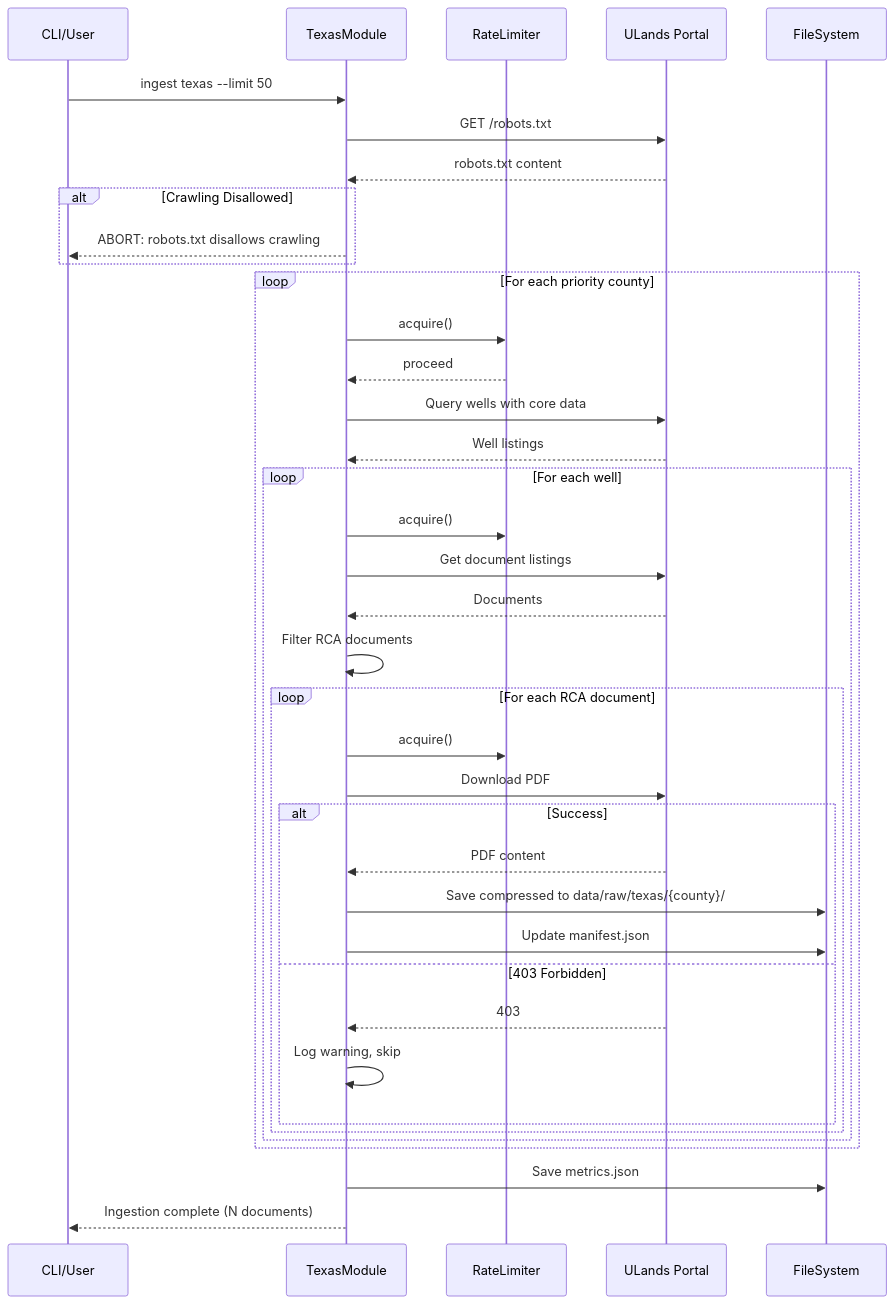
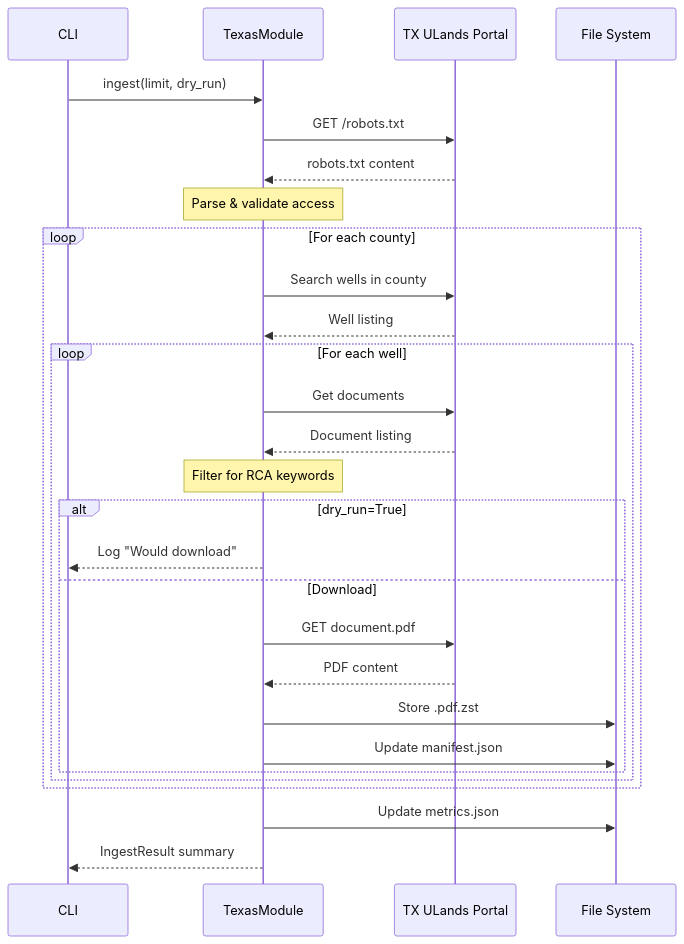
The diagram in docs/lineage/active/25-lld/003-draft.md (martymcenroe/RCA-PDF-extraction-pipeline), drawn with Mermaid before and after one commit. The commit also changed other lines of this file and 7 other files, not shown here.

````diff
--- a/docs/lineage/active/25-lld/003-draft.md
+++ b/docs/lineage/active/25-lld/003-draft.md
@@ -317,47 +413,37 @@
 ```mermaid
 sequenceDiagram
-    participant CLI as CLI/User
+    participant CLI as CLI
     participant TM as TexasModule
-    participant RL as RateLimiter
-    participant Portal as ULands Portal
-    participant FS as FileSystem
+    participant Portal as TX ULands Portal
+    participant FS as File System
 
-    CLI->>TM: ingest texas --limit 50
+    CLI->>TM: ingest(limit, dry_run)
     TM->>Portal: GET /robots.txt
     Portal-->>TM: robots.txt content
     
-    alt Crawling Disallowed
-        TM-->>CLI: ABORT: robots.txt disallows crawling
-    end
+    Note over TM: Parse & validate access
     
-    loop For each priority county
-        TM->>RL: acquire()
-        RL-->>TM: proceed
-        TM->>Portal: Query wells with core data
-        Portal-->>TM: Well listings
+    loop For each county
+        TM->>Portal: Search wells in county
+        Portal-->>TM: Well listing
         
         loop For each well
-            TM->>RL: acquire()
-            TM->>Portal: Get document listings
-            Portal-->>TM: Documents
-            TM->>TM: Filter RCA documents
+            TM->>Portal: Get documents
+            Portal-->>TM: Document listing
             
-            loop For each RCA document
-                TM->>RL: acquire()
-                TM->>Portal: Download PDF
-                
-                alt Success
-                    Portal-->>TM: PDF content
-                    TM->>FS: Save compressed to data/raw/texas/{county}/
-                    TM->>FS: Update manifest.json
-                else 403 Forbidden
-                    Portal-->>TM: 403
-                    TM->>TM: Log warning, skip
-                end
+            Note over TM: Filter for RCA keywords
+            
+            alt dry_run=True
+                TM-->>CLI: Log "Would download"
+            else Download
+                TM->>Portal: GET document.pdf
+                Portal-->>TM: PDF content
+                TM->>FS: Store .pdf.zst
+                TM->>FS: Update manifest.json
             end
         end
     end
     
-    TM->>FS: Save metrics.json
-    TM-->>CLI: Ingestion complete (N documents)
+    TM->>FS: Update metrics.json
+    TM-->>CLI: IngestResult summary
 ```
````
